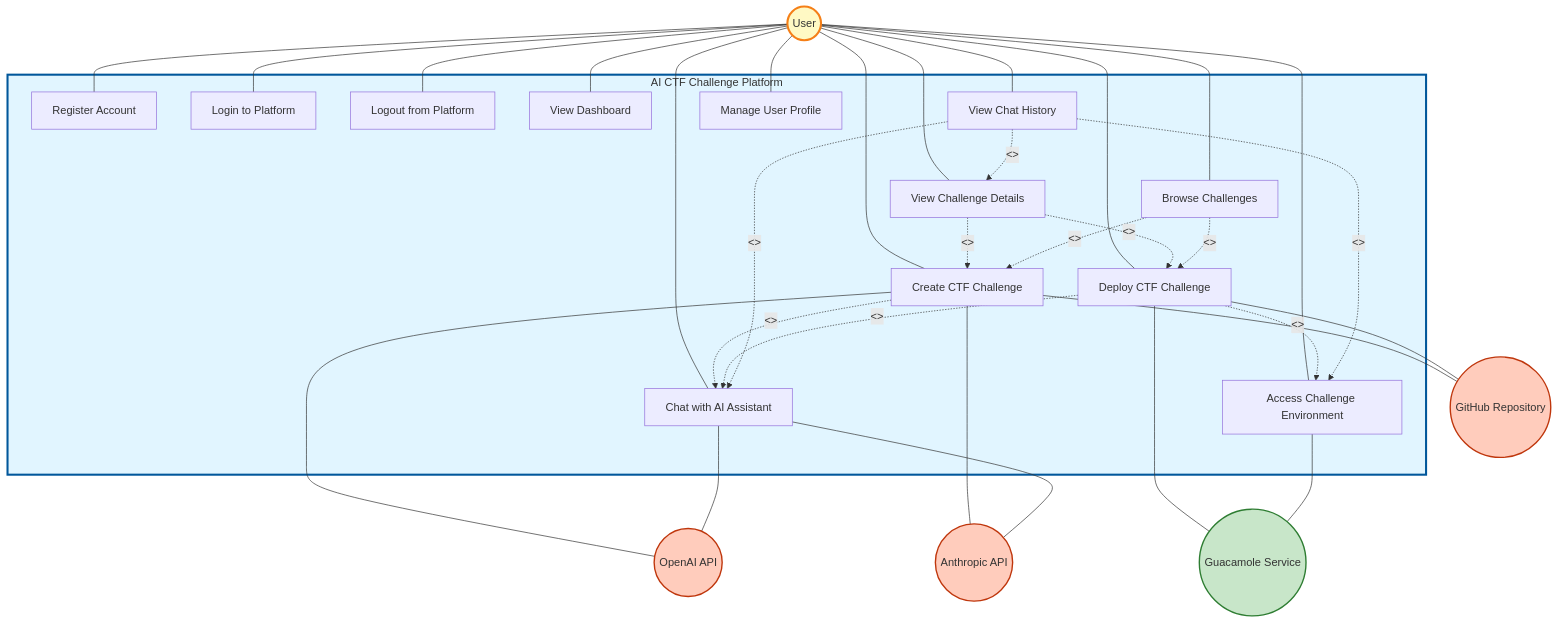
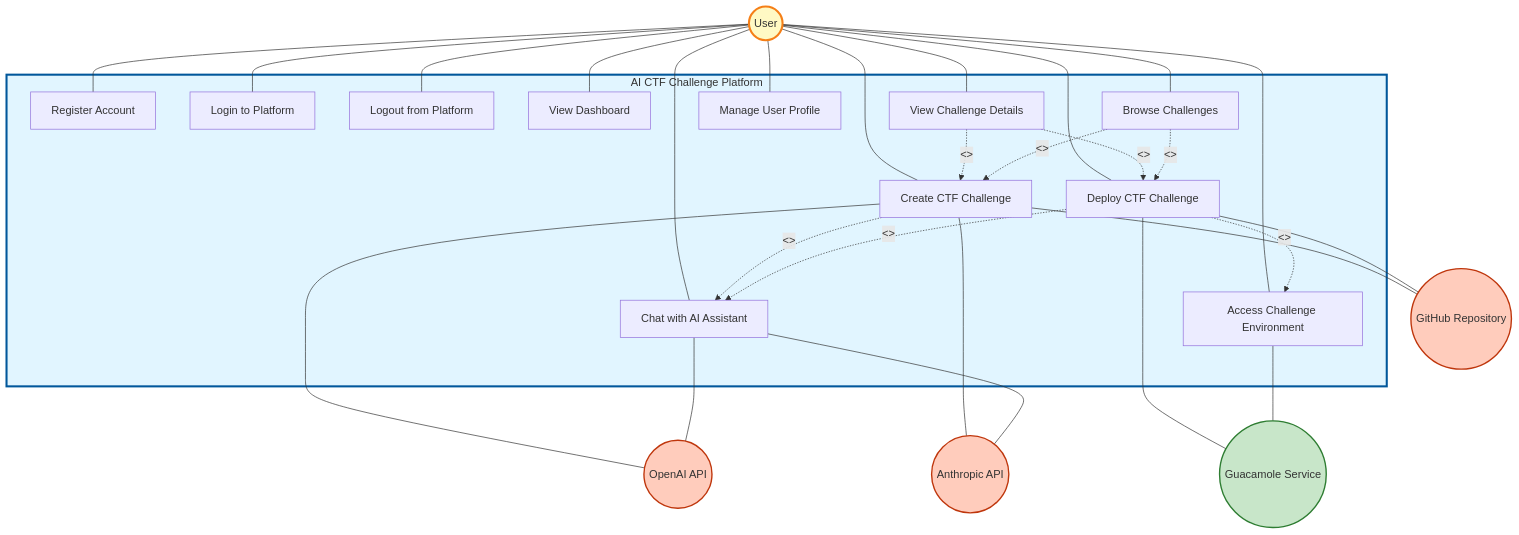
The first of 3 diagrams in USE_CASE_DIAGRAM_CORRECT.md (Ahmed-CYB/ai-ctf-challenge-platform), drawn with Mermaid before and after one commit. The commit also changed other lines of this file, not shown here.

First line of the commit message:
Remove View Chat History use case - not user-initiated

````diff
--- a/USE_CASE_DIAGRAM_CORRECT.md
+++ b/USE_CASE_DIAGRAM_CORRECT.md
@@ -59,71 +59,66 @@
 ```mermaid
 graph TB
     subgraph System["AI CTF Challenge Platform"]
         UC1[Register Account]
         UC2[Login to Platform]
         UC3[Logout from Platform]
         UC4[View Dashboard]
         UC5[Create CTF Challenge]
         UC6[Deploy CTF Challenge]
         UC7[Access Challenge Environment]
         UC8[Chat with AI Assistant]
         UC9[View Challenge Details]
-        UC10[View Chat History]
-        UC11[Manage User Profile]
-        UC12[Browse Challenges]
+        UC10[Manage User Profile]
+        UC11[Browse Challenges]
     end
 
     User((User))
     OpenAI((OpenAI API))
     Anthropic((Anthropic API))
     GitHub((GitHub Repository))
     Guacamole((Guacamole Service))
 
     %% Actor-Use Case Associations (Solid lines, NO arrowheads - UML Standard)
     User --- UC1
     User --- UC2
     User --- UC3
     User --- UC4
     User --- UC5
     User --- UC6
     User --- UC7
     User --- UC8
     User --- UC9
     User --- UC10
     User --- UC11
-    User --- UC12
 
     %% Include Relationships (MANDATORY - Dashed arrow FROM base TO included)
     %% User actions that MUST include other actions
     UC5 -.->|<<include>>| UC8
     UC6 -.->|<<include>>| UC8
     UC6 -.->|<<include>>| UC7
 
     %% Extend Relationships (OPTIONAL - Dashed arrow FROM extending TO base)
     %% User actions that MAY lead to optional actions
-    UC10 -.->|<<extend>>| UC8
-    UC10 -.->|<<extend>>| UC7
-    UC10 -.->|<<extend>>| UC9
     UC9 -.->|<<extend>>| UC5
     UC9 -.->|<<extend>>| UC6
-    UC12 -.->|<<extend>>| UC5
-    UC12 -.->|<<extend>>| UC6
+    UC11 -.->|<<extend>>| UC5
+    UC11 -.->|<<extend>>| UC6
 
     %% External Actor Associations (Solid lines, NO arrowheads)
     %% These support user actions but are not user-initiated
     UC5 --- OpenAI
     UC5 --- Anthropic
     UC5 --- GitHub
     UC6 --- GitHub
     UC6 --- Guacamole
     UC7 --- Guacamole
     UC8 --- OpenAI
     UC8 --- Anthropic
 
     style System fill:#e1f5ff,stroke:#01579b,stroke-width:3px
     style User fill:#fff9c4,stroke:#f57f17,stroke-width:3px
     style OpenAI fill:#ffccbc,stroke:#bf360c,stroke-width:2px
     style Anthropic fill:#ffccbc,stroke:#bf360c,stroke-width:2px
     style GitHub fill:#ffccbc,stroke:#bf360c,stroke-width:2px
     style Guacamole fill:#c8e6c9,stroke:#2e7d32,stroke-width:2px
 ```
````
